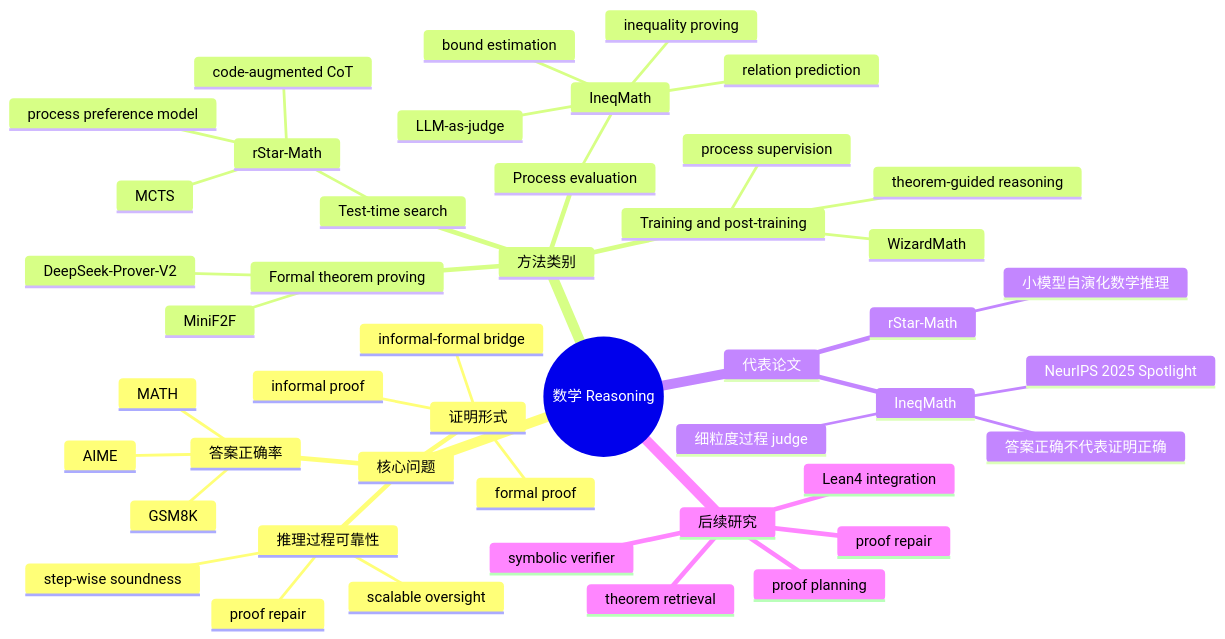
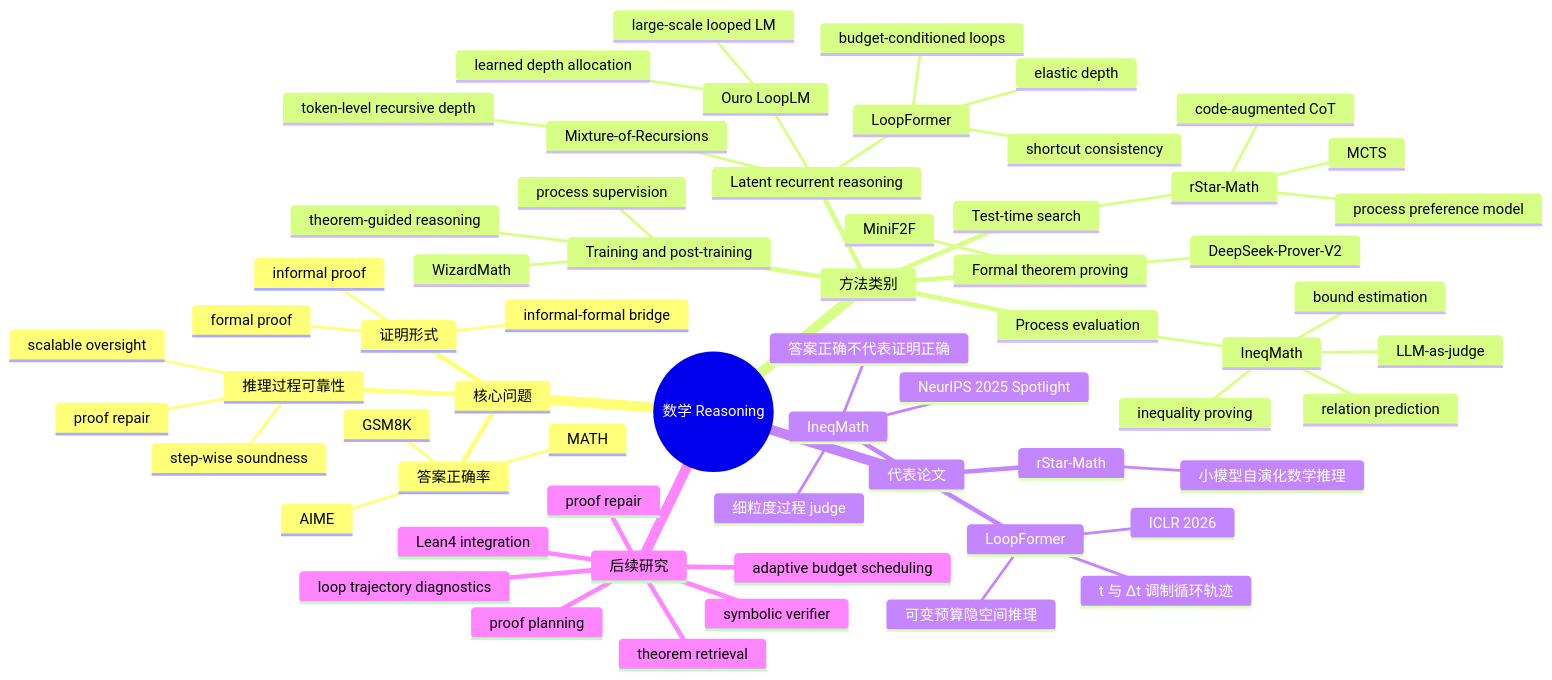
One commit to ziyi-wang2003/studynote changed the diagram in content/新论文新技术/数学 Reasoning/数学 Reasoning_思维导图.md. Above: the diagram before and after it, drawn with Mermaid. The commit also changed other lines of this file and 3 other files, not shown here.

````diff
--- a/content/新论文新技术/数学 Reasoning/数学 Reasoning_思维导图.md
+++ b/content/新论文新技术/数学 Reasoning/数学 Reasoning_思维导图.md
@@ -12,49 +12,65 @@
 ```mermaid
 mindmap
   root((数学 Reasoning))
     核心问题
       答案正确率
         GSM8K
         MATH
         AIME
       推理过程可靠性
         step-wise soundness
         proof repair
         scalable oversight
       证明形式
         informal proof
         formal proof
         informal-formal bridge
     方法类别
       Test-time search
         rStar-Math
           MCTS
           code-augmented CoT
           process preference model
       Process evaluation
         IneqMath
           inequality proving
           bound estimation
           relation prediction
           LLM-as-judge
       Formal theorem proving
         MiniF2F
         DeepSeek-Prover-V2
       Training and post-training
         WizardMath
         process supervision
         theorem-guided reasoning
+      Latent recurrent reasoning
+        LoopFormer
+          elastic depth
+          shortcut consistency
+          budget-conditioned loops
+        Ouro LoopLM
+          large-scale looped LM
+          learned depth allocation
+        Mixture-of-Recursions
+          token-level recursive depth
     代表论文
       rStar-Math
         小模型自演化数学推理
       IneqMath
         NeurIPS 2025 Spotlight
         答案正确不代表证明正确
         细粒度过程 judge
+      LoopFormer
+        ICLR 2026
+        可变预算隐空间推理
+        t 与 Δt 调制循环轨迹
     后续研究
       theorem retrieval
       proof planning
       proof repair
       symbolic verifier
       Lean4 integration
+      loop trajectory diagnostics
+      adaptive budget scheduling
 ```
````
